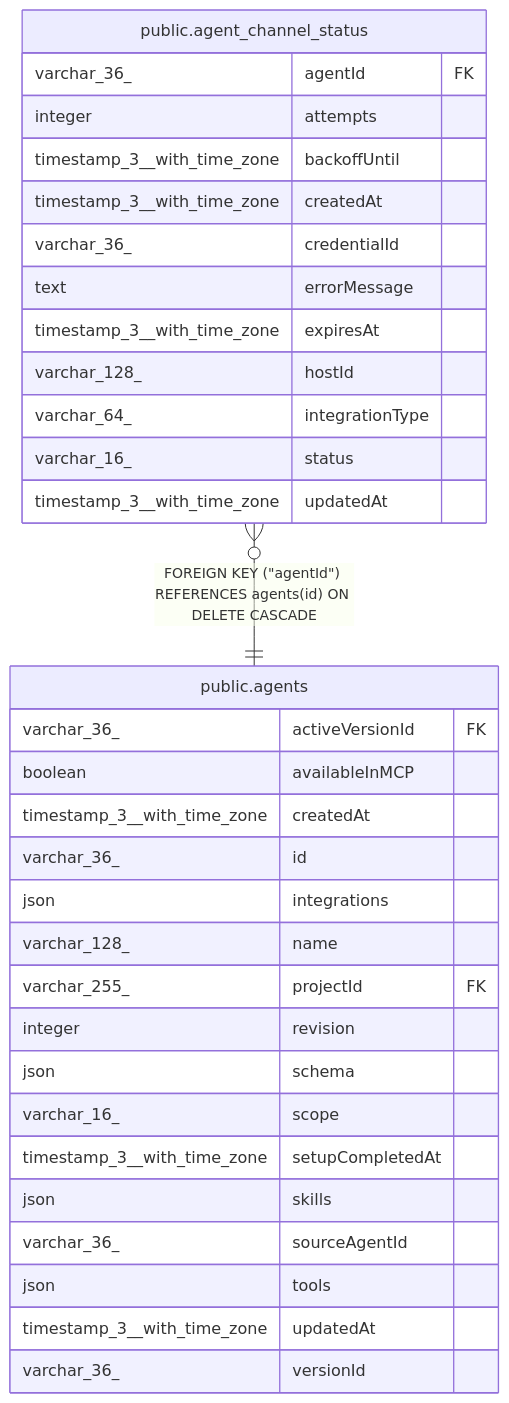
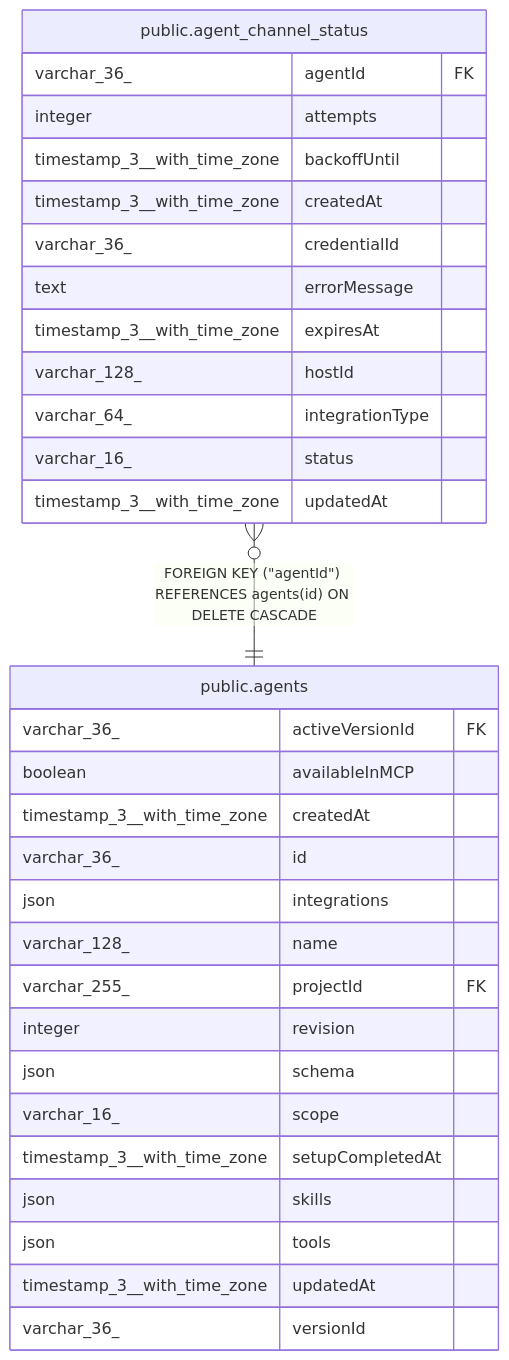
The diagram in docs/generated/postgres-schema/public.agent_channel_status.md (ATAC-tounde/n8n-private), drawn with Mermaid before and after one commit. The commit also changed 63 other files, not shown here.

````diff
--- a/docs/generated/postgres-schema/public.agent_channel_status.md
+++ b/docs/generated/postgres-schema/public.agent_channel_status.md
@@ -45,37 +45,36 @@
 ```mermaid
 erDiagram
 
 "public.agent_channel_status" }o--|| "public.agents" : "FOREIGN KEY (#quot;agentId#quot;) REFERENCES agents(id) ON DELETE CASCADE"
 
 "public.agent_channel_status" {
   varchar_36_ agentId FK
   integer attempts
   timestamp_3__with_time_zone backoffUntil
   timestamp_3__with_time_zone createdAt
   varchar_36_ credentialId
   text errorMessage
   timestamp_3__with_time_zone expiresAt
   varchar_128_ hostId
   varchar_64_ integrationType
   varchar_16_ status
   timestamp_3__with_time_zone updatedAt
 }
 "public.agents" {
   varchar_36_ activeVersionId FK
   boolean availableInMCP
   timestamp_3__with_time_zone createdAt
   varchar_36_ id
   json integrations
   varchar_128_ name
   varchar_255_ projectId FK
   integer revision
   json schema
   varchar_16_ scope
   timestamp_3__with_time_zone setupCompletedAt
   json skills
-  varchar_36_ sourceAgentId
   json tools
   timestamp_3__with_time_zone updatedAt
   varchar_36_ versionId
 }
 ```
````
